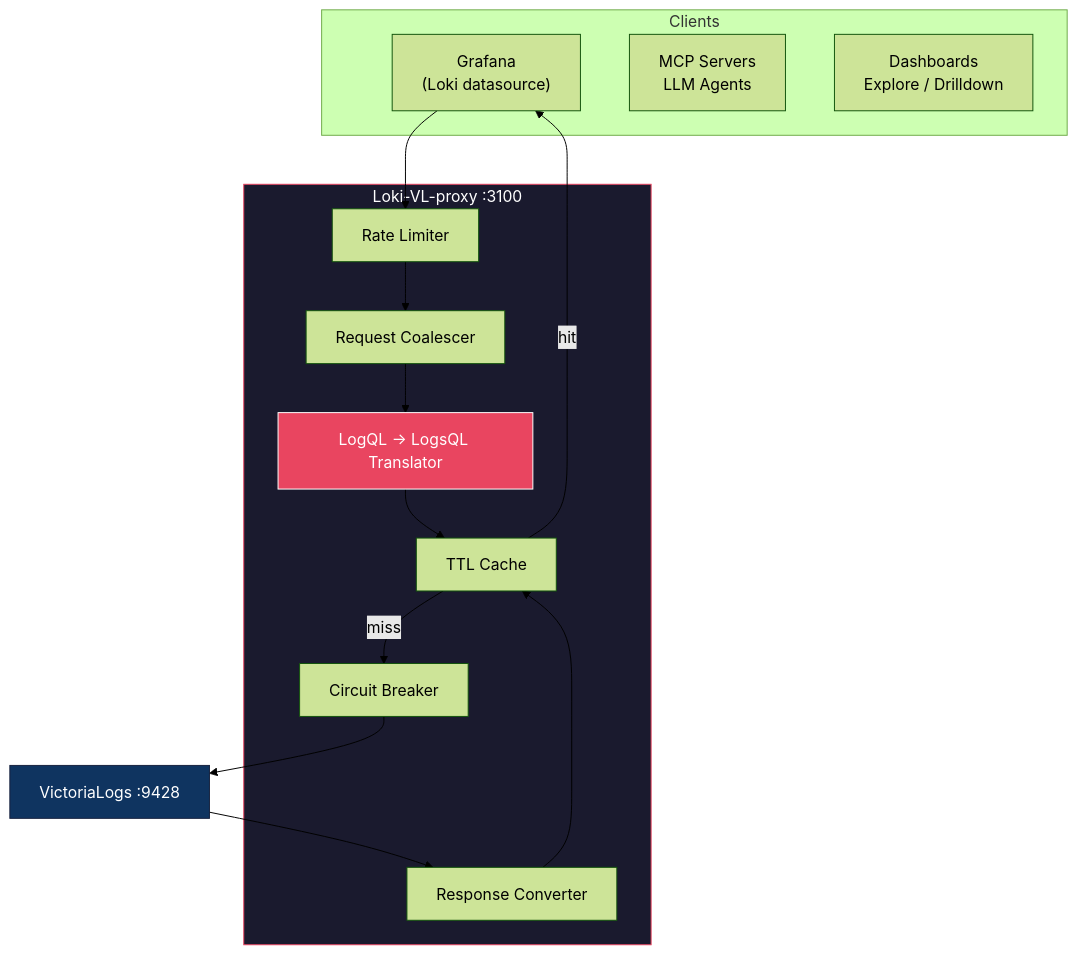
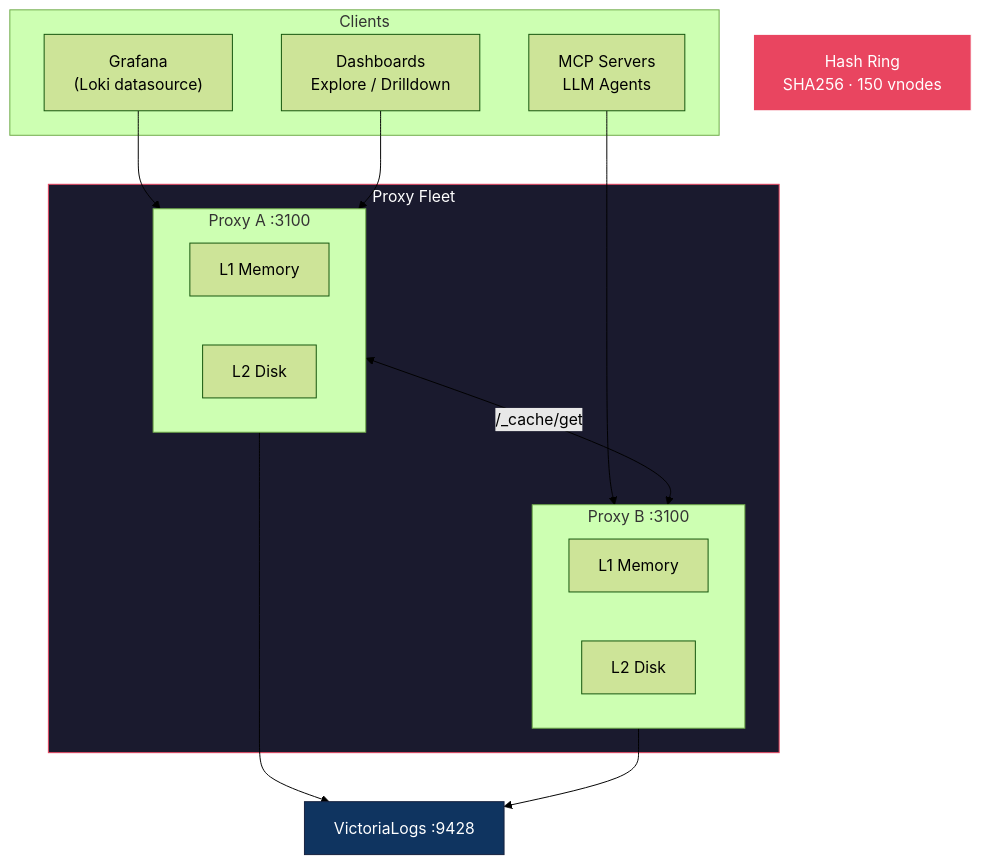
The diagram in README.md (ReliablyObserve/Loki-VL-proxy), drawn with Mermaid (forest theme) before and after one commit. The commit also changed other lines of this file and 5 other files, not shown here.

First line of the commit message:
docs: update README features, fleet cache docs, mermaid diagrams, hash stability tests

````diff
--- a/README.md
+++ b/README.md
@@ -17,27 +17,33 @@
 ```mermaid
 flowchart TD
     subgraph Clients
         G["Grafana<br/>(Loki datasource)"]
         M["MCP Servers<br/>LLM Agents"]
         D["Dashboards<br/>Explore / Drilldown"]
     end
 
-    subgraph Proxy["Loki-VL-proxy :3100"]
-        RL["Rate Limiter"]
-        CO["Request Coalescer"]
-        TR["LogQL → LogsQL Translator"]
-        CA["TTL Cache"]
-        RC["Response Converter"]
-        CB["Circuit Breaker"]
+    subgraph Fleet["Proxy Fleet"]
+        subgraph PA["Proxy A :3100"]
+            L1a["L1 Memory"]
+            L2a["L2 Disk"]
+        end
+        subgraph PB["Proxy B :3100"]
+            L1b["L1 Memory"]
+            L2b["L2 Disk"]
+        end
     end
 
+    HR["Hash Ring<br/>SHA256 · 150 vnodes"]
     VL["VictoriaLogs :9428"]
 
-    G --> RL --> CO --> TR --> CA
-    CA -->|miss| CB --> VL --> RC --> CA
-    CA -->|hit| G
+    G --> PA
+    M --> PB
+    D --> PA
+    PA <-->|"/_cache/get"| PB
+    PA --> VL
+    PB --> VL
 
-    style Proxy fill:#1a1a2e,stroke:#e94560,color:#fff
+    style Fleet fill:#1a1a2e,stroke:#e94560,color:#fff
     style VL fill:#0f3460,stroke:#16213e,color:#fff
-    style TR fill:#e94560,stroke:#fff,color:#fff
+    style HR fill:#e94560,stroke:#fff,color:#fff
 ```
````
